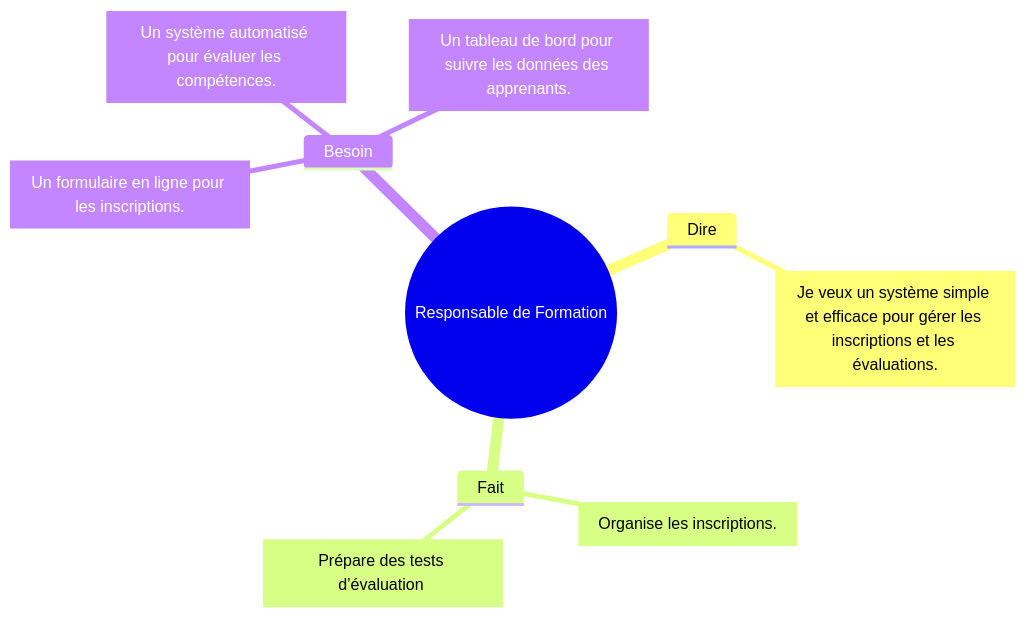
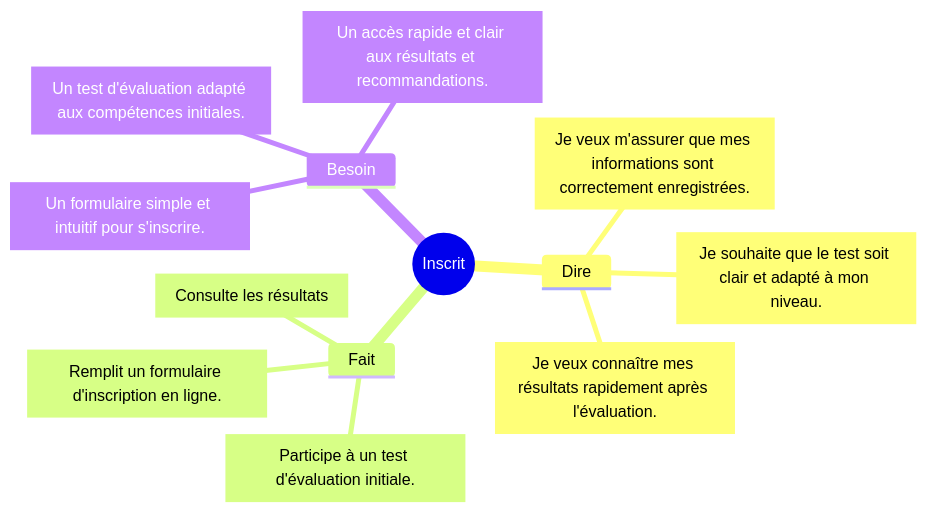
Before and after one commit to samiaBoug/Soli_LMS_Test_Inscription: the diagram in Branche_fonctionelle/Design/carte_empathie_inscrit.mmd, drawn with Mermaid. The commit also changed 1 other file, not shown here.

```diff
--- a/Branche_fonctionelle/Design/carte_empathie_inscrit.mmd
+++ b/Branche_fonctionelle/Design/carte_empathie_inscrit.mmd
@@ -1,11 +1,17 @@
 mindmap
-  root((Responsable de Formation))
-    Dire
-      Dire["Je veux un système simple et efficace pour gérer les inscriptions et les évaluations."]
+  root((Inscrit))
+    
+    Dire 
+      Dire["Je veux m'assurer que mes informations sont correctement enregistrées."]
+      Dire["Je souhaite que le test soit clair et adapté à mon niveau."]
+      Dire["Je veux connaître mes résultats rapidement après l'évaluation."]
+
     Fait
-      Fait["Organise  les inscriptions."]
-      Fait["Prépare des tests d’évaluation "]
+      Fait["Remplit un formulaire d'inscription en ligne."]
+      Fait["Participe à un test d'évaluation initiale."]
+      Fait["Consulte les résultats "]
+
     Besoin
-      Besoin["Un formulaire en ligne pour les inscriptions."]
-      Besoin["Un système automatisé pour évaluer les compétences."]
-      Besoin["Un tableau de bord pour suivre les données des apprenants."]
+      Besoin["Un formulaire simple et intuitif pour s'inscrire."]
+      Besoin["Un test d'évaluation adapté aux compétences initiales."]
+      Besoin["Un accès rapide et clair aux résultats et recommandations."]
```
